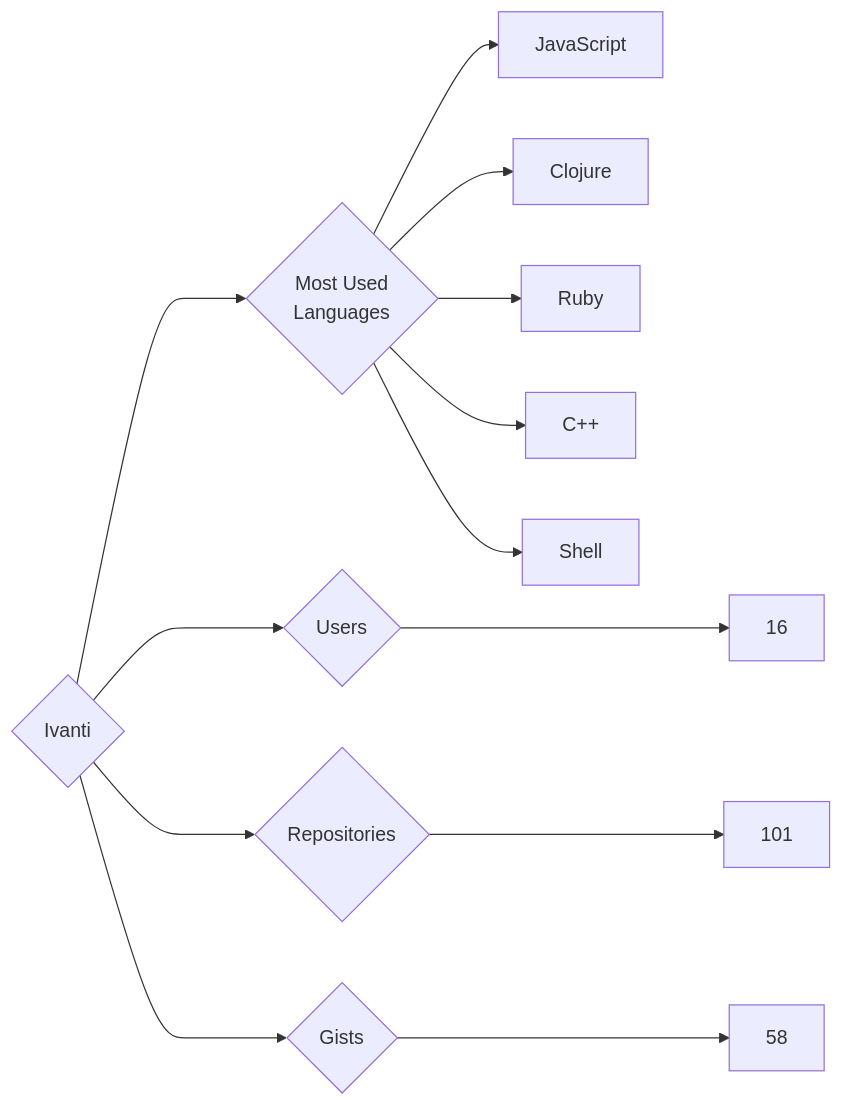
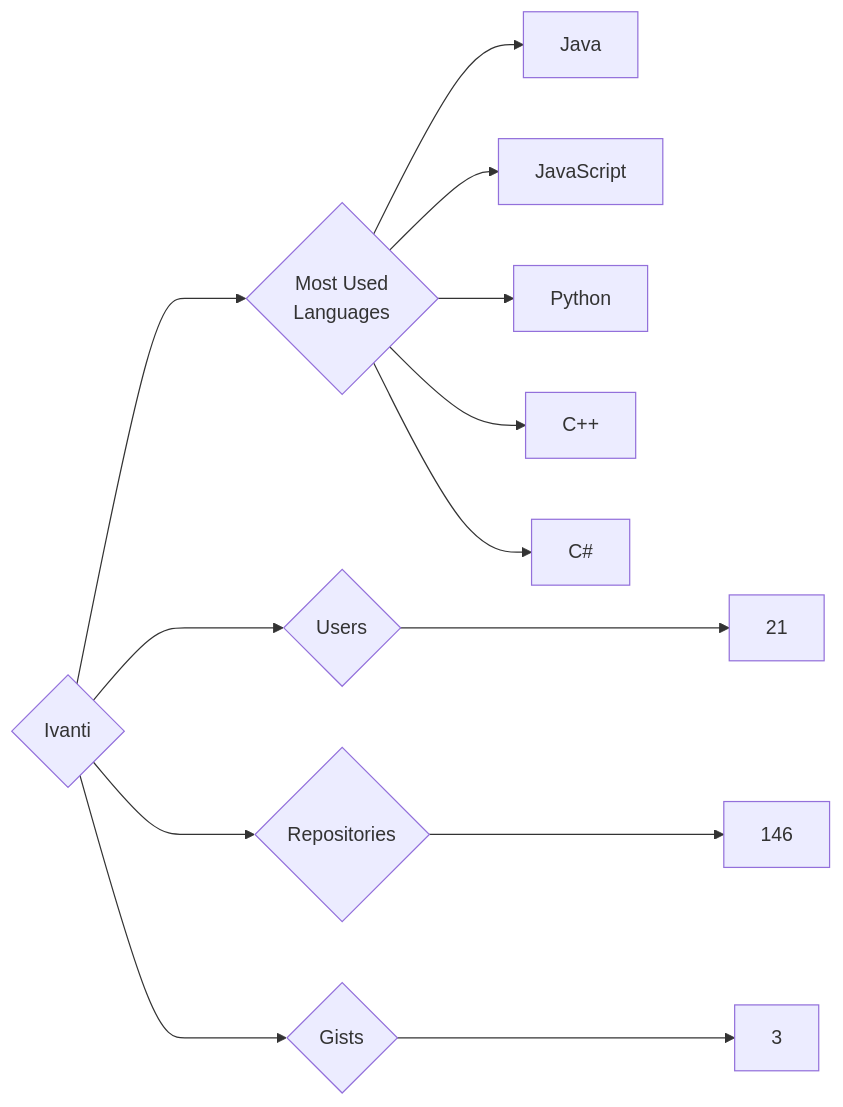
Before and after one commit to trickest/insiders: the diagram in targets/Ivanti/README.md, drawn with Mermaid. The commit also changed 944 other files, not shown here.

````diff
--- a/targets/Ivanti/README.md
+++ b/targets/Ivanti/README.md
@@ -3,13 +3,13 @@
 ```mermaid
 graph LR
 COMPANY_NAME{Ivanti}
-COMPANY_NAME ---> U{Users} ---> UN[16]
-COMPANY_NAME ---> R{Repositories} ---> RN[101]
-COMPANY_NAME ---> G{Gists} ---> GN[58]
+COMPANY_NAME ---> U{Users} ---> UN[21]
+COMPANY_NAME ---> R{Repositories} ---> RN[146]
+COMPANY_NAME ---> G{Gists} ---> GN[3]
 COMPANY_NAME ---> ML{Most Used<br>Languages}
+ML --> Java[Java]
 ML --> JavaScript[JavaScript]
-ML --> Clojure[Clojure]
-ML --> Ruby[Ruby]
+ML --> Python[Python]
 ML --> C++[C++]
-ML --> Shell[Shell]
+ML --> C#[C#]
 ```
````
